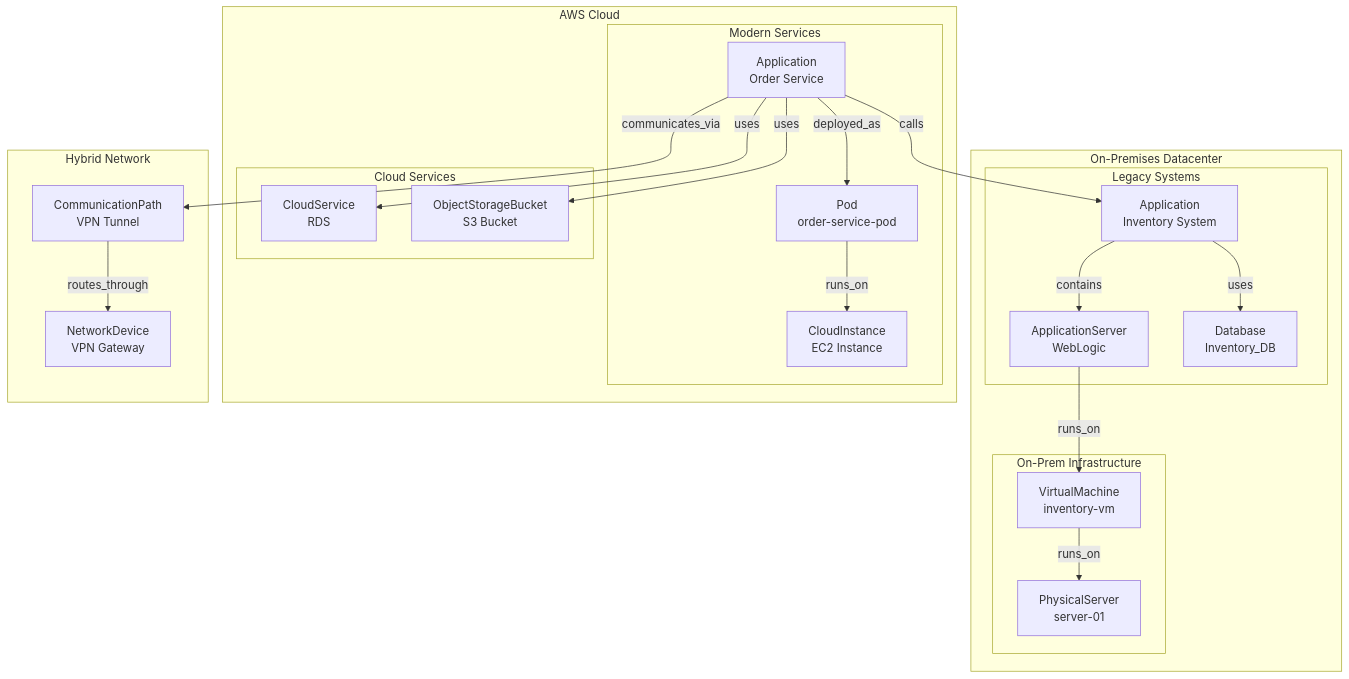
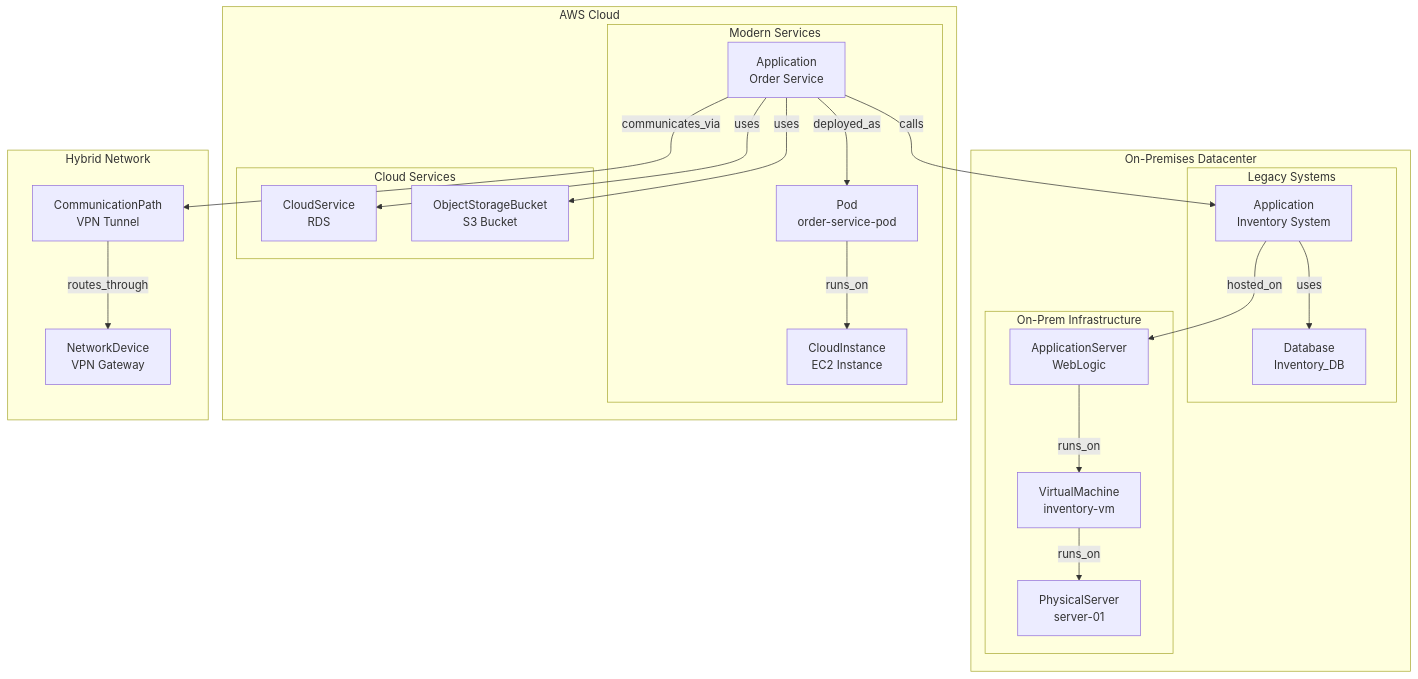
One commit to usumfabricae/it-digital-twin-model changed diagram 14 of 27 in ontology/VISUAL_DIAGRAMS.md. Above: the diagram before and after it, drawn with Mermaid. The commit also changed other lines of this file and 7 other files, not shown here.

First line of the commit message:
refactor: Move ApplicationServer from Layer 2 to Layer 4

````diff
--- a/ontology/VISUAL_DIAGRAMS.md
+++ b/ontology/VISUAL_DIAGRAMS.md
@@ -811,47 +817,47 @@
 ```mermaid
 graph TB
     subgraph "On-Premises Datacenter"
         subgraph "Legacy Systems"
             APP3[Application<br/>Inventory System]
-            AS3[ApplicationServer<br/>WebLogic]
             DB3[Database<br/>Inventory_DB]
         end
         
         subgraph "On-Prem Infrastructure"
+            AS3[ApplicationServer<br/>WebLogic]
             VM3[VirtualMachine<br/>inventory-vm]
             PS3[PhysicalServer<br/>server-01]
         end
     end
     
     subgraph "AWS Cloud"
         subgraph "Modern Services"
             APP4[Application<br/>Order Service]
             POD4[Pod<br/>order-service-pod]
             CI4[CloudInstance<br/>EC2 Instance]
         end
         
         subgraph "Cloud Services"
             CS4[CloudService<br/>RDS]
             OSB4[ObjectStorageBucket<br/>S3 Bucket]
         end
     end
     
     subgraph "Hybrid Network"
         VPN[NetworkDevice<br/>VPN Gateway]
         CP4[CommunicationPath<br/>VPN Tunnel]
     end
     
-    APP3 -->|contains| AS3
+    APP3 -->|hosted_on| AS3
     AS3 -->|runs_on| VM3
     VM3 -->|runs_on| PS3
     APP3 -->|uses| DB3
     
     APP4 -->|deployed_as| POD4
     POD4 -->|runs_on| CI4
     APP4 -->|uses| CS4
     APP4 -->|uses| OSB4
     
     APP4 -->|calls| APP3
     APP4 -->|communicates_via| CP4
     CP4 -->|routes_through| VPN
 ```
````
